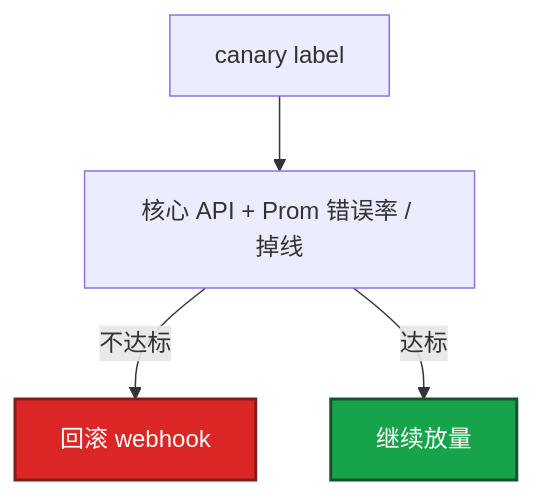
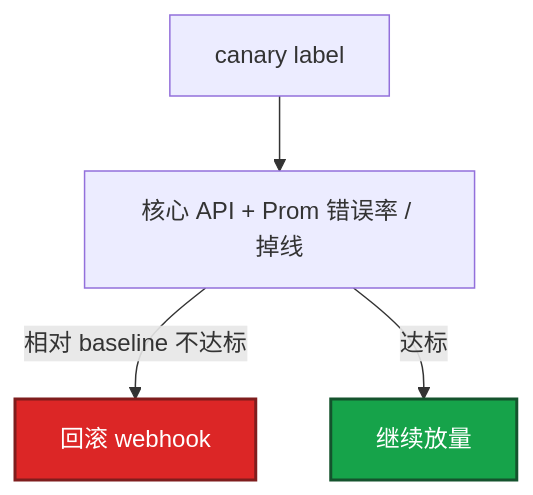
One commit to ml-cuizijun/LearnToLilith changed the first of 2 diagrams in 06-开发能力/02-Python运维/练习题.md. Above: the diagram before and after it, drawn with Mermaid. The commit also changed other lines of this file and 213 other files, not shown here.

````diff
--- a/06-开发能力/02-Python运维/练习题.md
+++ b/06-开发能力/02-Python运维/练习题.md
@@ -200,11 +213,11 @@
 ```mermaid
 flowchart TB
     A[canary label] --> B[核心 API + Prom 错误率 / 掉线]
-    B -->|不达标| C[回滚 webhook]
+    B -->|相对 baseline 不达标| C[回滚 webhook]
     B -->|达标| D[继续放量]
 
     classDef bad fill:#DC2626,stroke:#7F1D1D,stroke-width:2px,color:#fff
     classDef ok fill:#16A34A,stroke:#14532D,stroke-width:2px,color:#fff
     class C bad
     class D ok
 ```
````
